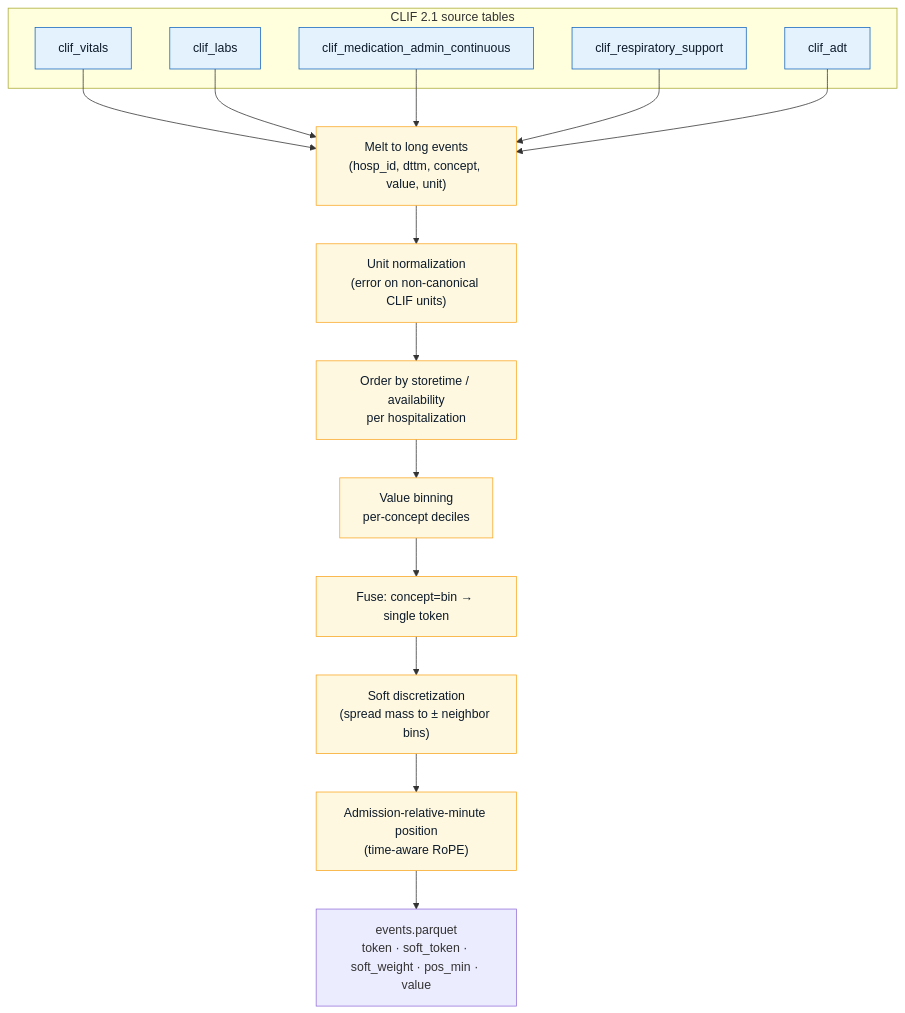
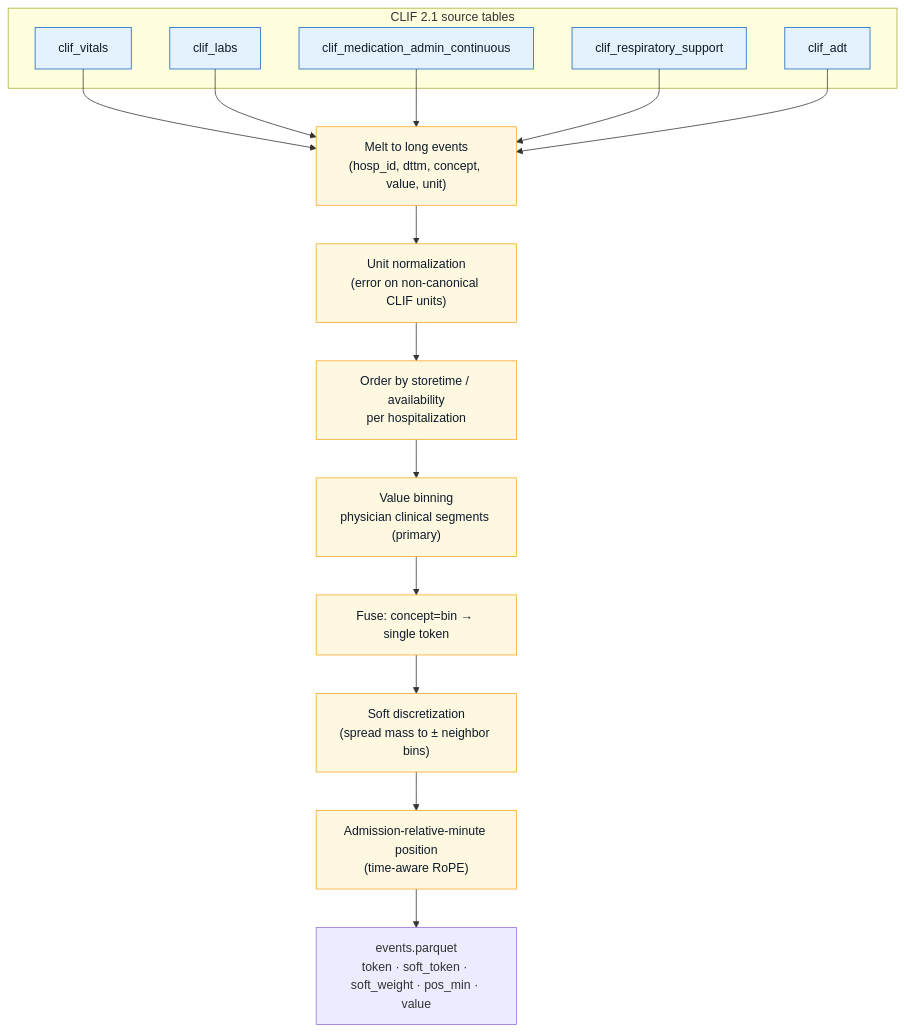
Before and after one commit to sajor2000/clifatron2.0: the first of 7 diagrams in website/docs/data-tokenization.md, drawn with Mermaid. The commit also changed other lines of this file and 8 other files, not shown here.

````diff
--- a/website/docs/data-tokenization.md
+++ b/website/docs/data-tokenization.md
@@ -22,23 +22,23 @@
 ```mermaid
 flowchart TB
     subgraph SRC["CLIF 2.1 source tables"]
         V["clif_vitals"]
         L["clif_labs"]
         M["clif_medication_admin_continuous"]
         RS["clif_respiratory_support"]
         ADT["clif_adt"]
     end
     V & L & M & RS & ADT --> MELT["Melt to long events<br/>(hosp_id, dttm, concept, value, unit)"]
     MELT --> UNIT["Unit normalization<br/>(error on non-canonical CLIF units)"]
     UNIT --> ORDER["Order by storetime / availability<br/>per hospitalization"]
-    ORDER --> BIN["Value binning<br/>per-concept deciles"]
+    ORDER --> BIN["Value binning<br/>physician clinical segments (primary)"]
     BIN --> FUSE["Fuse: concept=bin → single token"]
     FUSE --> SOFT["Soft discretization<br/>(spread mass to ± neighbor bins)"]
     SOFT --> ROPE["Admission-relative-minute position<br/>(time-aware RoPE)"]
     ROPE --> OUT["events.parquet<br/>token · soft_token · soft_weight · pos_min · value"]
 
     classDef src fill:#e3f2fd,stroke:#1565c0,color:#0d1b2a;
     classDef step fill:#fff8e1,stroke:#f9a825,color:#0d1b2a;
     class V,L,M,RS,ADT src;
     class MELT,UNIT,ORDER,BIN,FUSE,SOFT,ROPE step;
 ```
````
